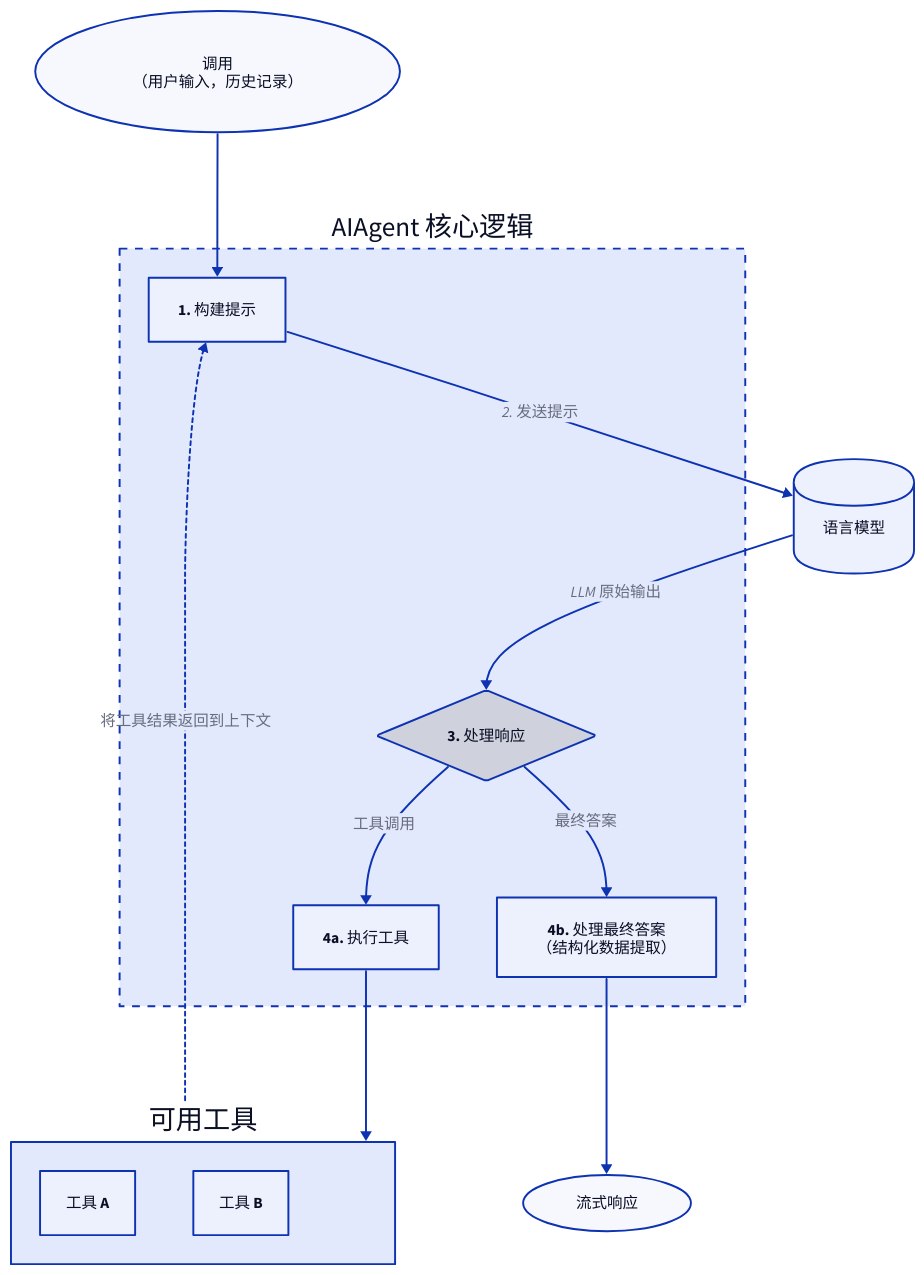
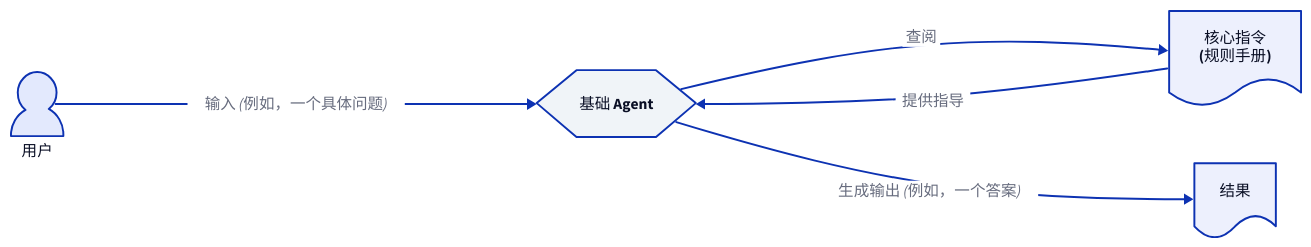
One commit to AIGNE-io/aigne-framework changed the diagram in .aigne/doc-smith/docs/user-guide-understanding-agents-basic-agents.zh.md. Above: the diagram before and after it, drawn with D2. The commit also changed other lines of this file and 191 other files, not shown here.

````diff
--- a/.aigne/doc-smith/docs/user-guide-understanding-agents-basic-agents.zh.md
+++ b/.aigne/doc-smith/docs/user-guide-understanding-agents-basic-agents.zh.md
@@ -1,65 +30,29 @@
-```d2
-direction: down
+```d2 icon=material-symbols:robot-2-outline
+direction: right
 
-Invocation: {
-  label: "调用\n（用户输入，历史记录）"
-  shape: oval
+User: {
+  label: "用户"
+  shape: person
 }
 
-AIAgent: {
-  label: "AIAgent 核心逻辑"
-  shape: rectangle
-  style: {
-    stroke-width: 2
-    stroke-dash: 4
-  }
-
-  PromptBuilder: {
-    label: "1. 构建提示"
-    shape: rectangle
-  }
-
-  Response-Handler: {
-    label: "3. 处理响应"
-    shape: diamond
-  }
-
-  Tool-Executor: {
-    label: "4a. 执行工具"
-    shape: rectangle
-  }
-
-  Output-Processor: {
-    label: "4b. 处理最终答案\n（结构化数据提取）"
-    shape: rectangle
-  }
+Agent: {
+  label: "基础 Agent"
+  shape: hexagon
+  style.fill: "#f0f4f8"
 }
 
-Language-Model: {
-  label: "语言模型"
-  shape: cylinder
+Instructions: {
+  label: "核心指令\n(规则手册)"
+  shape: document
 }
 
-Tools: {
-  label: "可用工具"
-  shape: rectangle
-  Tool-A: "工具 A"
-  Tool-B: "工具 B"
+Output: {
+  label: "结果"
+  shape: document
 }
 
-Final-Response: {
-  label: "流式响应"
-  shape: oval
-}
-
-Invocation -> AIAgent.PromptBuilder
-AIAgent.PromptBuilder -> Language-Model: "2. 发送提示"
-Language-Model -> AIAgent.Response-Handler: "LLM 原始输出"
-AIAgent.Response-Handler -> AIAgent.Tool-Executor: "工具调用"
-AIAgent.Tool-Executor -> Tools
-Tools -> AIAgent.PromptBuilder: "将工具结果返回到上下文" {
-  style.stroke-dash: 2
-}
-AIAgent.Response-Handler -> AIAgent.Output-Processor: "最终答案"
-AIAgent.Output-Processor -> Final-Response
+User -> Agent: "输入 (例如，一个具体问题)"
+Agent -> Instructions: "查阅"
+Instructions -> Agent: "提供指导"
+Agent -> Output: "生成输出 (例如，一个答案)"
 ```
````
